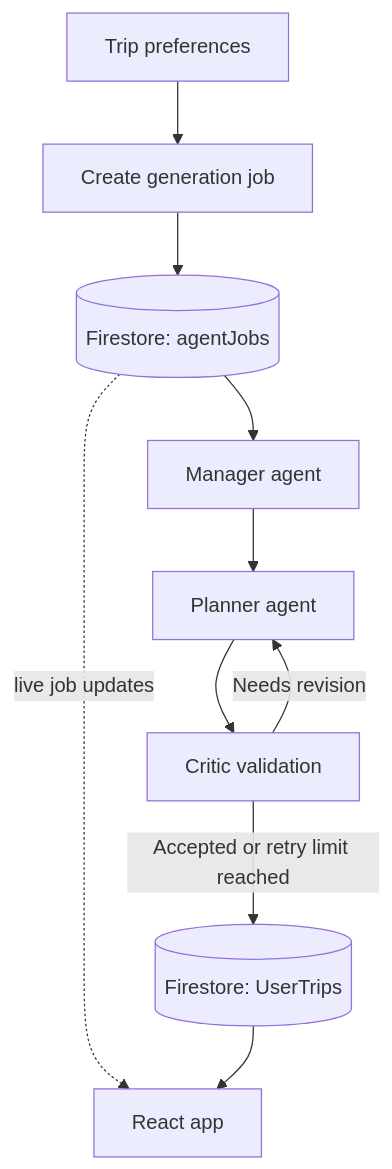
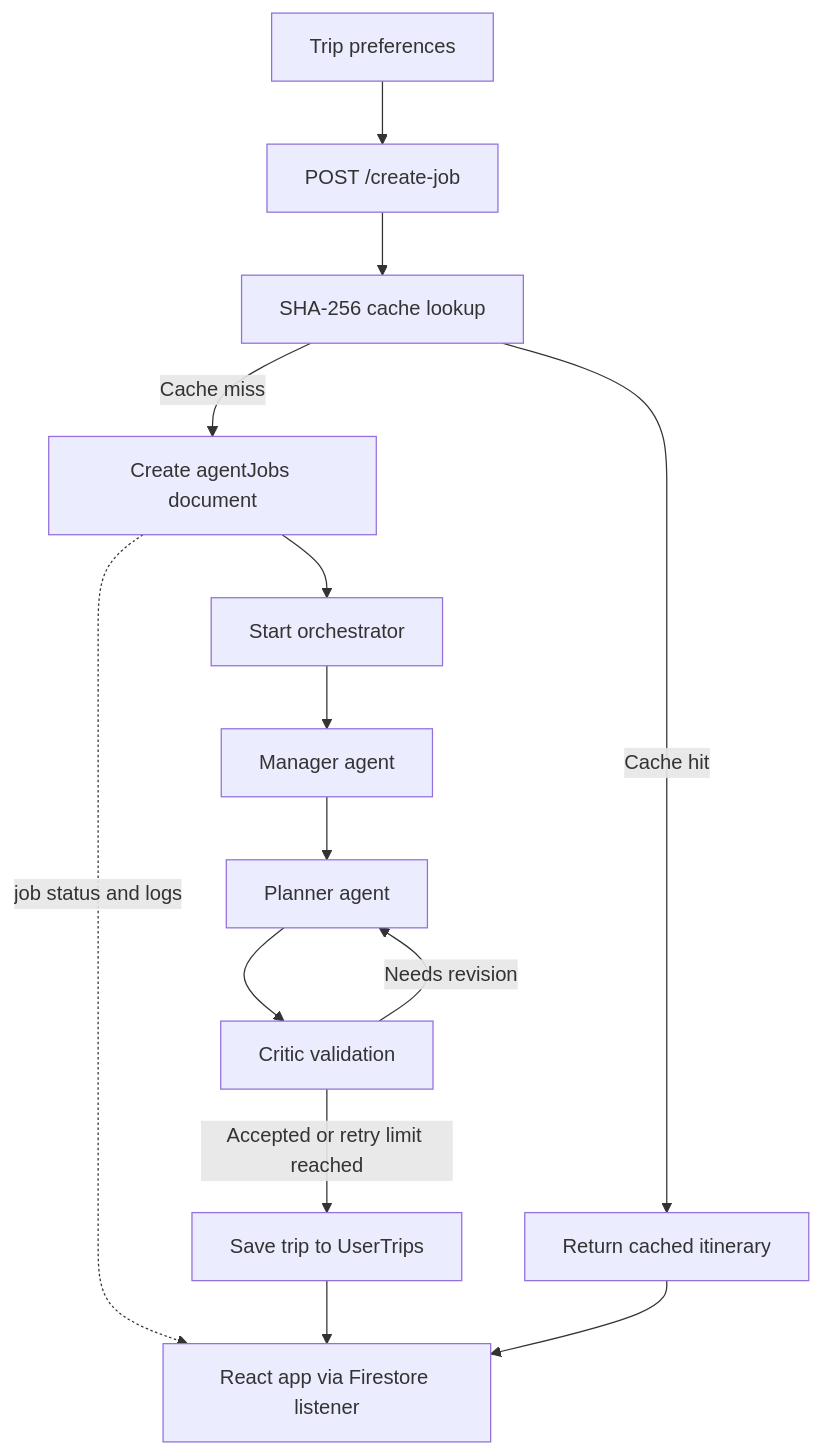
The diagram in README.md (RythmaLakkady/vac-ai-tion), drawn with Mermaid before and after one commit. The commit also changed other lines of this file, not shown here.

Commit message:
docs: correct README architecture and setup details

````diff
--- a/README.md
+++ b/README.md
@@ -47,12 +42,16 @@
 ```mermaid
 flowchart TD
-    A[Trip preferences] --> B[Create generation job]
-    B --> C[(Firestore: agentJobs)]
-    C --> D[Manager agent]
-    D --> E[Planner agent]
-    E --> F[Critic validation]
-    F -->|Needs revision| E
-    F -->|Accepted or retry limit reached| G[(Firestore: UserTrips)]
-    C -. live job updates .-> H[React app]
-    G --> H
+    A[Trip preferences] --> B[POST /create-job]
+    B --> C[SHA-256 cache lookup]
+    C -->|Cache hit| H[Return cached itinerary]
+    C -->|Cache miss| D[Create agentJobs document]
+    D --> E[Start orchestrator]
+    E --> F[Manager agent]
+    F --> G[Planner agent]
+    G --> I[Critic validation]
+    I -->|Needs revision| G
+    I -->|Accepted or retry limit reached| J[Save trip to UserTrips]
+    D -. job status and logs .-> K[React app via Firestore listener]
+    J --> K
+    H --> K
 ```
````
